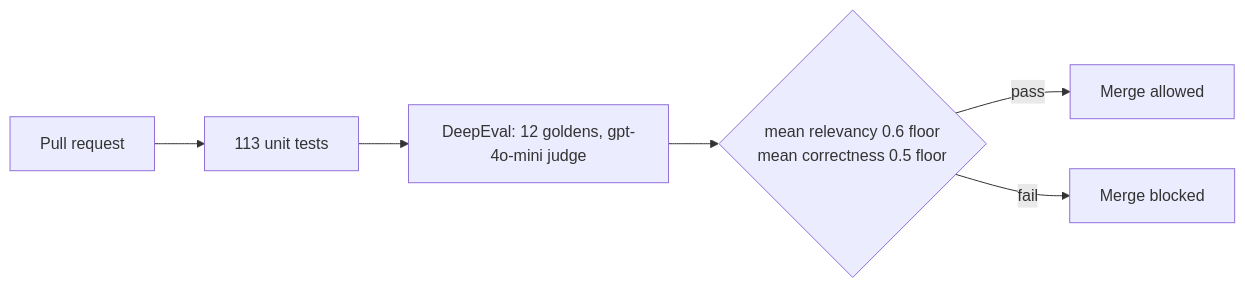
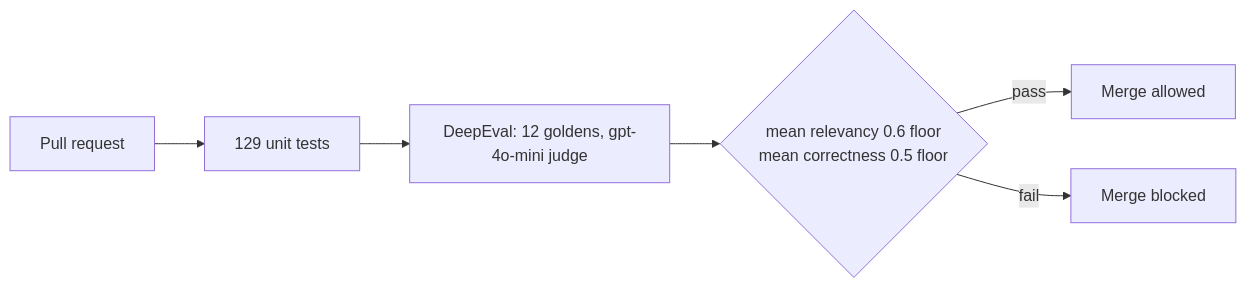
Before and after one commit to Amith-Ganta/tessera-multi-tenant-rag: the eighth of 8 diagrams in README.md, drawn with Mermaid. The commit also changed other lines of this file and 1 other file, not shown here.

````diff
--- a/README.md
+++ b/README.md
@@ -485,8 +485,8 @@
 ```mermaid
 flowchart LR
-    PR[Pull request] --> T[113 unit tests]
+    PR[Pull request] --> T[129 unit tests]
     T --> D[DeepEval: 12 goldens, gpt-4o-mini judge]
     D --> G{mean relevancy 0.6 floor<br/>mean correctness 0.5 floor}
     G -->|pass| M[Merge allowed]
     G -->|fail| B[Merge blocked]
 ```
````
